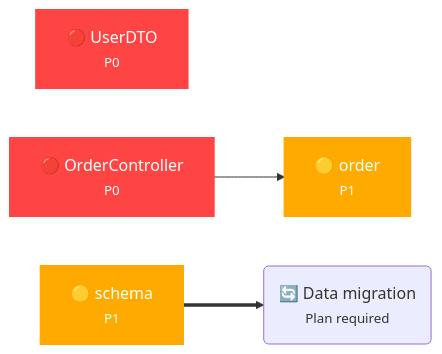
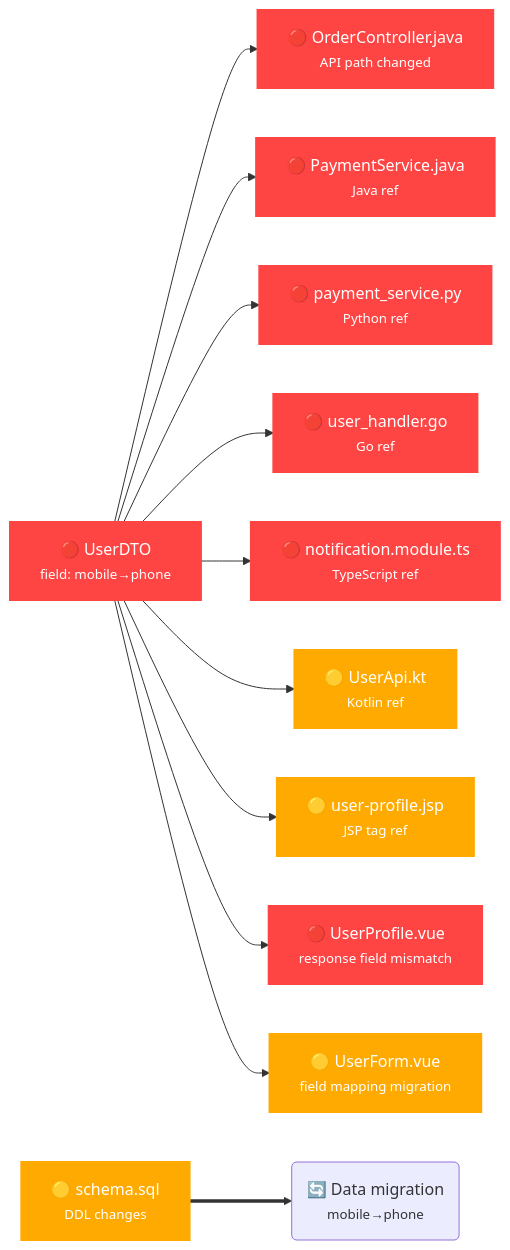
Before and after one commit to GoBeyondYang/skills: the diagram in skills/business-conflict-analyzer/docs/sample-report-en.md, drawn with Mermaid. The commit also changed other lines of this file and 6 other files, not shown here.

Commit message:
feat: 重构 README Demo + 多语言示例报告 + 流程图可视化

````diff
--- a/skills/business-conflict-analyzer/docs/sample-report-en.md
+++ b/skills/business-conflict-analyzer/docs/sample-report-en.md
@@ -9,12 +14,29 @@
 ```mermaid
 flowchart LR
-    UserDTO[🔴 UserDTO<br/><small>P0</small>]:::riskP0
-    OrderController[🔴 OrderController<br/><small>P0</small>]:::riskP0
-    order[🟡 order<br/><small>P1</small>]:::riskP1
-    schema[🟡 schema<br/><small>P1</small>]:::riskP1
-    data_migration(🔄 Data migration<br/><small>Plan required</small>)
-    OrderController --> order
+    UserDTO[🔴 UserDTO<br/><small>field: mobile→phone</small>]:::riskP0
+    OrderCtrl[🔴 OrderController.java<br/><small>API path changed</small>]:::riskP0
+    PaymentSvc[🔴 PaymentService.java<br/><small>Java ref</small>]:::riskP0
+    PythonSvc[🔴 payment_service.py<br/><small>Python ref</small>]:::riskP0
+    GoSvc[🔴 user_handler.go<br/><small>Go ref</small>]:::riskP0
+    TSSvc[🔴 notification.module.ts<br/><small>TypeScript ref</small>]:::riskP0
+    KotlinSvc[🟡 UserApi.kt<br/><small>Kotlin ref</small>]:::riskP1
+    JSPPage[🟡 user-profile.jsp<br/><small>JSP tag ref</small>]:::riskP1
+    VueProfile[🔴 UserProfile.vue<br/><small>response field mismatch</small>]:::riskP0
+    VueForm[🟡 UserForm.vue<br/><small>field mapping migration</small>]:::riskP1
+    schema[🟡 schema.sql<br/><small>DDL changes</small>]:::riskP1
+    data_migration(🔄 Data migration<br/><small>mobile→phone</small>)
+    
+    UserDTO --> OrderCtrl
+    UserDTO --> PaymentSvc
+    UserDTO --> PythonSvc
+    UserDTO --> GoSvc
+    UserDTO --> TSSvc
+    UserDTO --> KotlinSvc
+    UserDTO --> JSPPage
+    UserDTO --> VueProfile
+    UserDTO --> VueForm
     schema ==> data_migration
+
     classDef riskP0 fill:#ff4444,color:white,stroke:#ff4444,stroke-width:2px
     classDef riskP1 fill:#ffaa00,color:white,stroke:#ffaa00,stroke-width:2px
 ```
````
